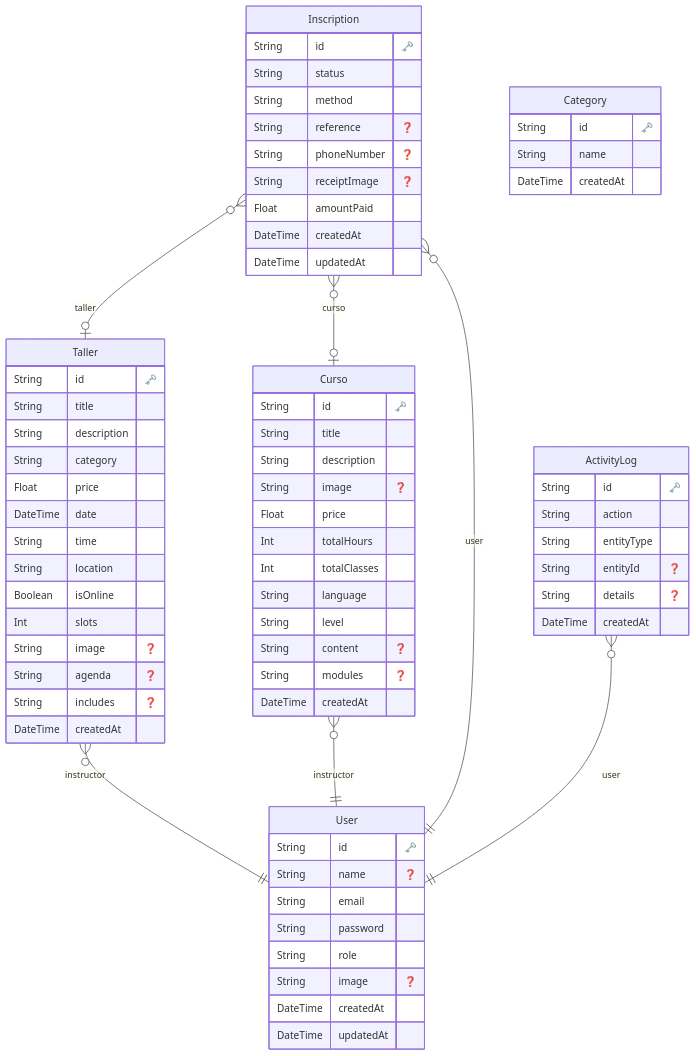
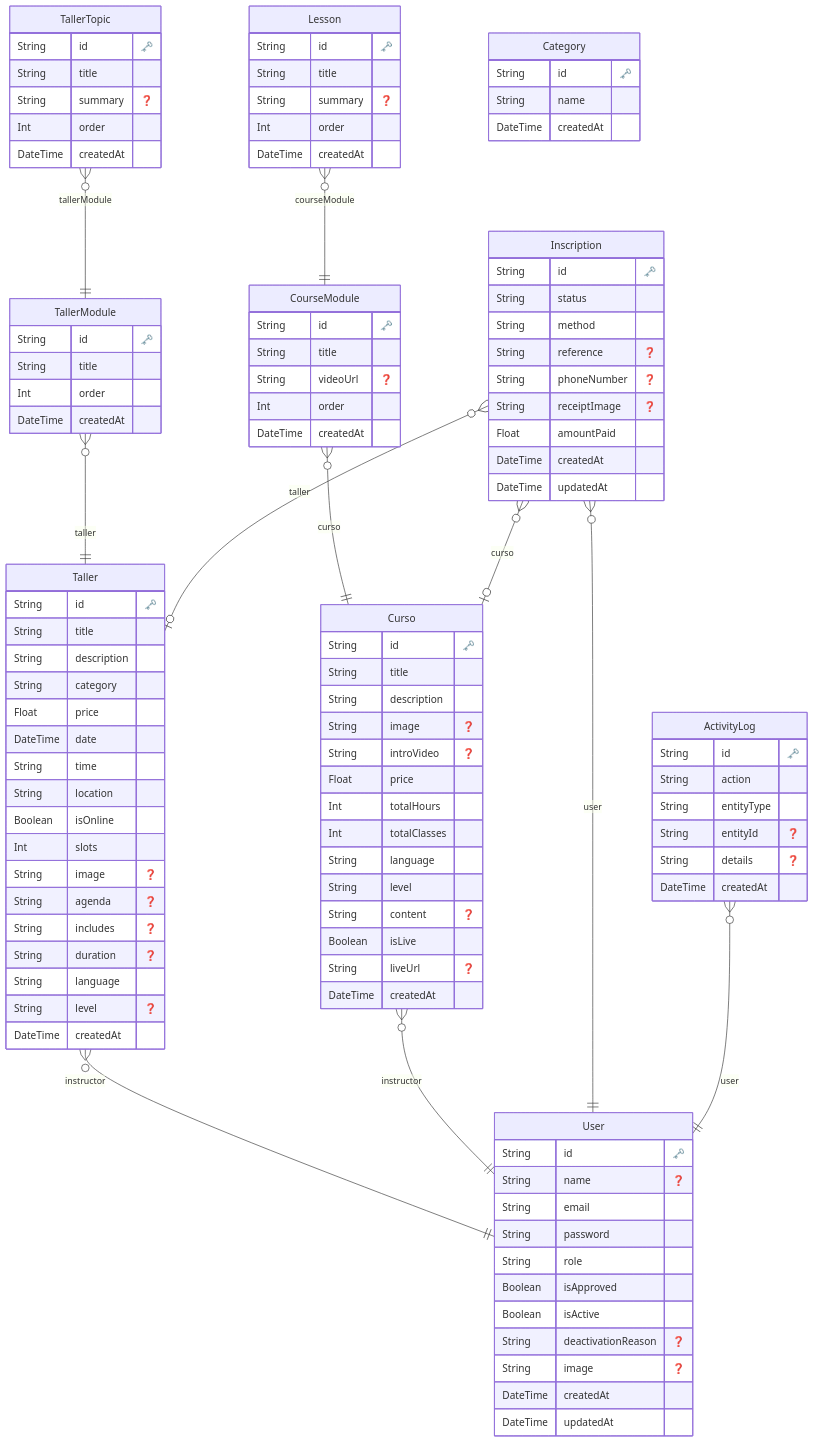
Before and after one commit to AngelvisYanez/anaspastryshop: the diagram in prisma/ERD.md, drawn with Mermaid. The commit also changed 72 other files, not shown here.

```diff
--- a/prisma/ERD.md
+++ b/prisma/ERD.md
@@ -7,6 +7,9 @@
     String email 
     String password 
     String role 
+    Boolean isApproved 
+    Boolean isActive 
+    String deactivationReason "❓"
     String image "❓"
     DateTime createdAt 
     DateTime updatedAt 
@@ -27,6 +30,26 @@
     String image "❓"
     String agenda "❓"
     String includes "❓"
+    String duration "❓"
+    String language 
+    String level "❓"
+    DateTime createdAt 
+    }
+  
+
+  "TallerModule" {
+    String id "🗝️"
+    String title 
+    Int order 
+    DateTime createdAt 
+    }
+  
+
+  "TallerTopic" {
+    String id "🗝️"
+    String title 
+    String summary "❓"
+    Int order 
     DateTime createdAt 
     }
   
@@ -36,13 +59,33 @@
     String title 
     String description 
     String image "❓"
+    String introVideo "❓"
     Float price 
     Int totalHours 
     Int totalClasses 
     String language 
     String level 
     String content "❓"
-    String modules "❓"
+    Boolean isLive 
+    String liveUrl "❓"
+    DateTime createdAt 
+    }
+  
+
+  "CourseModule" {
+    String id "🗝️"
+    String title 
+    String videoUrl "❓"
+    Int order 
+    DateTime createdAt 
+    }
+  
+
+  "Lesson" {
+    String id "🗝️"
+    String title 
+    String summary "❓"
+    Int order 
     DateTime createdAt 
     }
   
@@ -77,7 +120,11 @@
     }
   
     "Taller" }o--|| "User" : "instructor"
+    "TallerModule" }o--|| "Taller" : "taller"
+    "TallerTopic" }o--|| "TallerModule" : "tallerModule"
     "Curso" }o--|| "User" : "instructor"
+    "CourseModule" }o--|| "Curso" : "curso"
+    "Lesson" }o--|| "CourseModule" : "courseModule"
     "Inscription" }o--|o "Curso" : "curso"
     "Inscription" }o--|o "Taller" : "taller"
     "Inscription" }o--|| "User" : "user"
```
